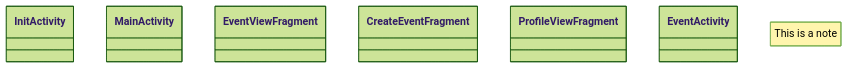
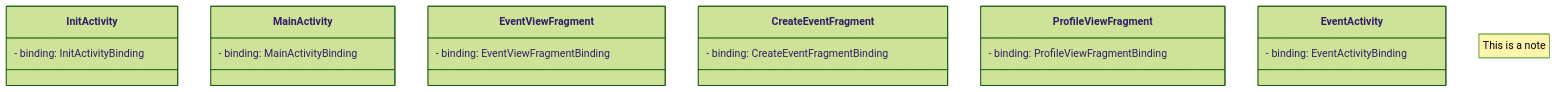
Before and after one commit to CMPUT301F25rocket/rocket-radar: the diagram in doc/uml/main.mmd, drawn with Mermaid (forest theme). The commit also changed other lines of this file, not shown here.

Commit message:
doc(uml): add activity bindings
Removed empty lines between class definitions in UML diagram.

```diff
--- a/doc/uml/main.mmd
+++ b/doc/uml/main.mmd
@@ -1,24 +1,24 @@
 %% Syntax here can be weird. Go reference:
 %% https://mermaid.js.org/syntax/classDiagram.html
 classDiagram
     note "This is a note"
     class InitActivity{
-
+        - binding: InitActivityBinding
     }
 
     class MainActivity {
-
+        - binding: MainActivityBinding
     }
     class EventViewFragment {
-
+        - binding: EventViewFragmentBinding
     }
     class CreateEventFragment {
-
+        - binding: CreateEventFragmentBinding
     }
     class ProfileViewFragment {
-
+        - binding: ProfileViewFragmentBinding
     }
 
     class EventActivity {
-
+        - binding: EventActivityBinding
     }
```
